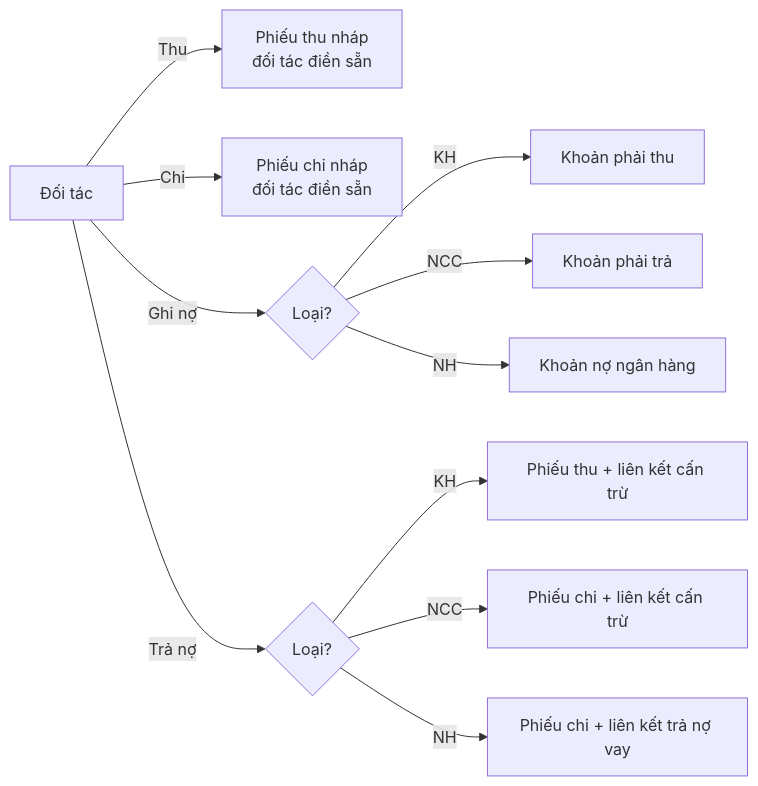
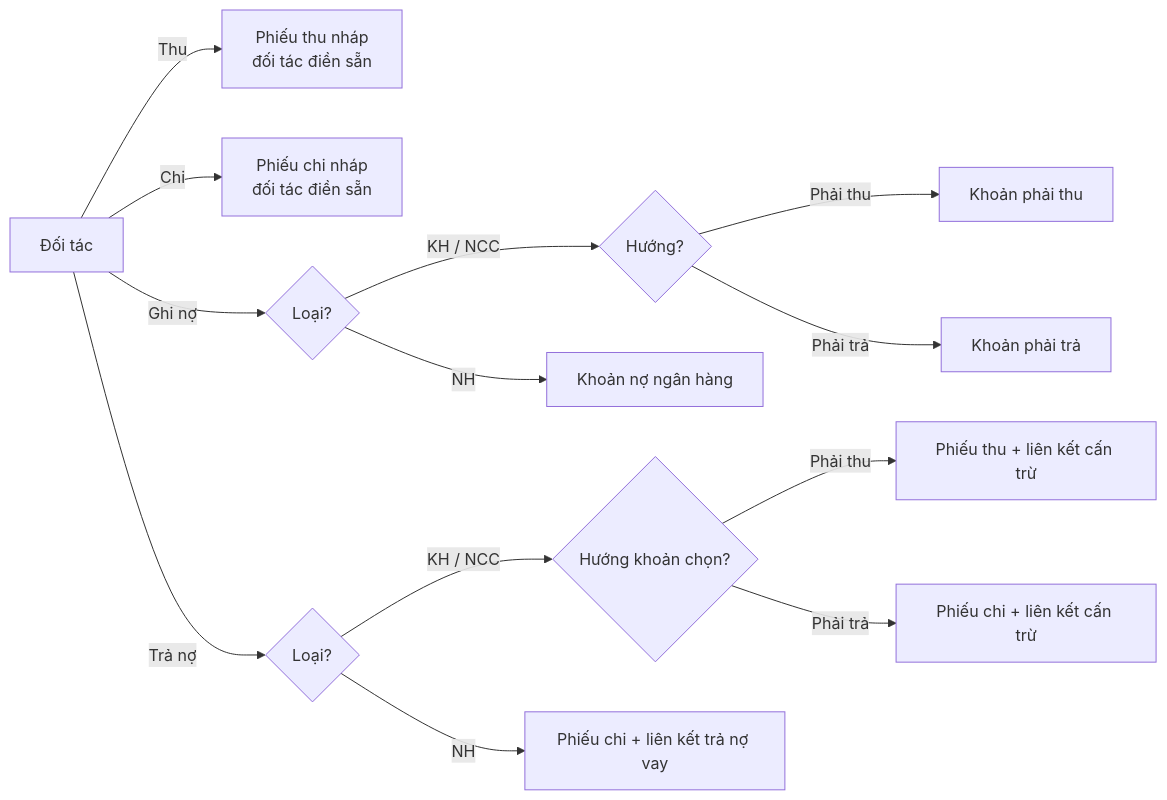
One commit to hainh/FinGate changed the seventh of 16 diagrams in v2/v2.md. Above: the diagram before and after it, drawn with Mermaid. The commit also changed other lines of this file, not shown here.

````diff
--- a/v2/v2.md
+++ b/v2/v2.md
@@ -321,13 +465,15 @@
 ```mermaid
 flowchart LR
   P[Đối tác] -->|Thu| PT[Phiếu thu nháp<br/>đối tác điền sẵn]
   P -->|Chi| PC[Phiếu chi nháp<br/>đối tác điền sẵn]
   P -->|Ghi nợ| G{Loại?}
-  G -->|KH| AR[Khoản phải thu]
-  G -->|NCC| AP[Khoản phải trả]
+  G -->|KH / NCC| D{Hướng?}
+  D -->|Phải thu| AR[Khoản phải thu]
+  D -->|Phải trả| AP[Khoản phải trả]
   G -->|NH| BL[Khoản nợ ngân hàng]
   P -->|Trả nợ| T{Loại?}
-  T -->|KH| PT2[Phiếu thu + liên kết cấn trừ]
-  T -->|NCC| PC2[Phiếu chi + liên kết cấn trừ]
+  T -->|KH / NCC| H{Hướng khoản chọn?}
+  H -->|Phải thu| PT2[Phiếu thu + liên kết cấn trừ]
+  H -->|Phải trả| PC2[Phiếu chi + liên kết cấn trừ]
   T -->|NH| PC3[Phiếu chi + liên kết trả nợ vay]
 ```
````
